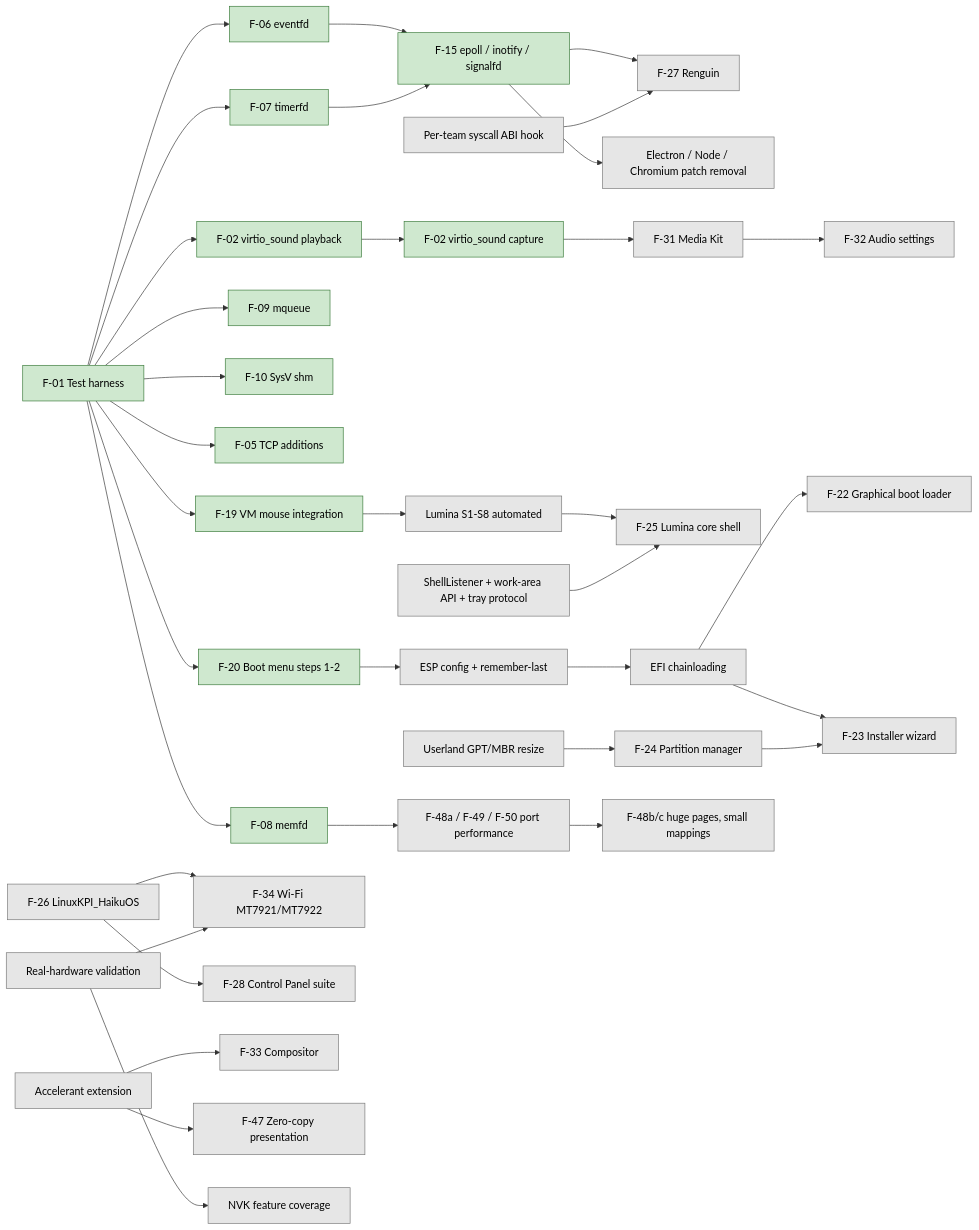
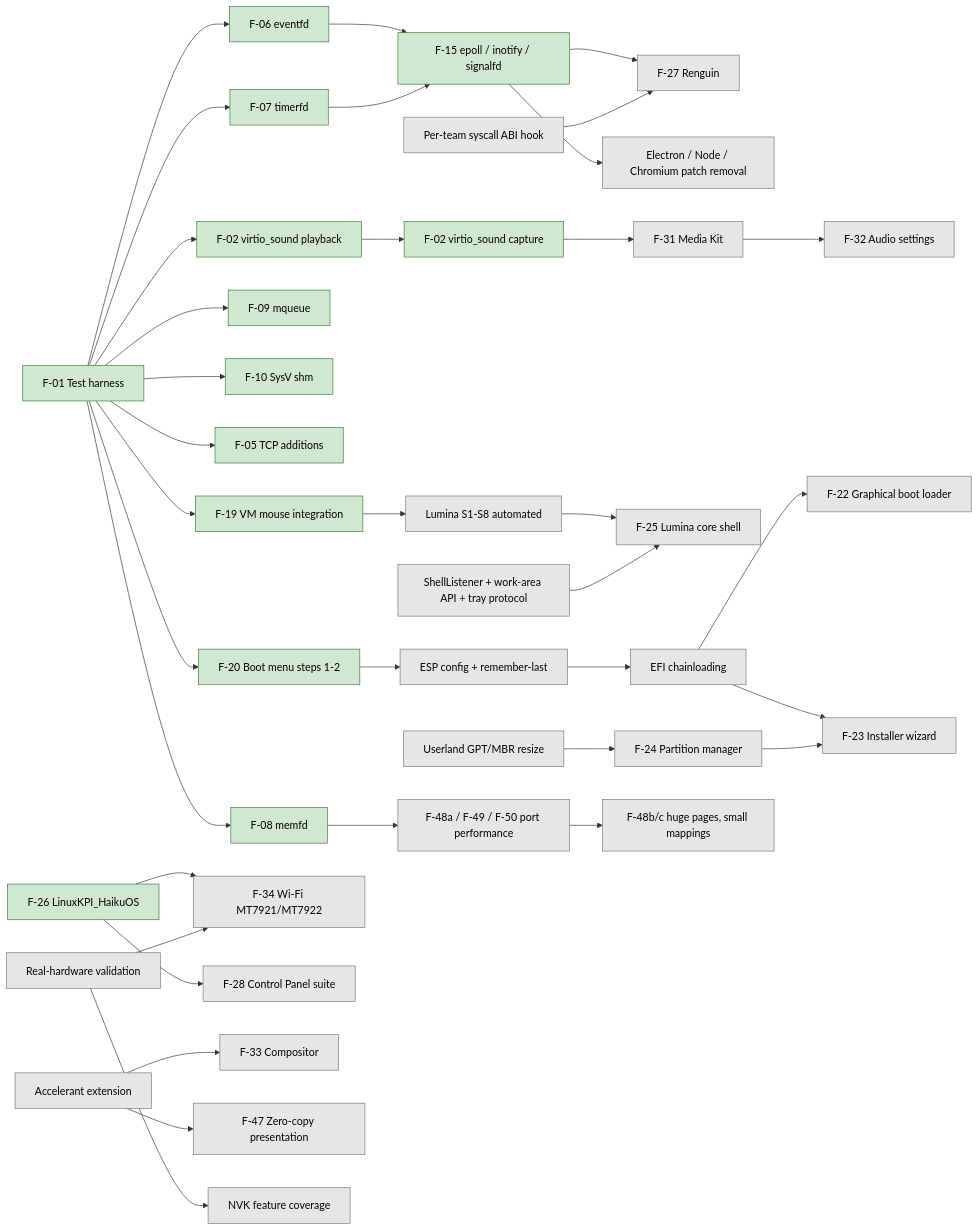
One commit to Techniix/haiku changed the diagram in RENGA_MASTER_ROADMAP.md. Above: the diagram before and after it, drawn with Mermaid. The commit also changed other lines of this file, not shown here.

First line of the commit message:
RENGA_MASTER_ROADMAP.md: F-26 LinuxKPI in-tree and QEMU Tested; F-34; F-16

````diff
--- a/RENGA_MASTER_ROADMAP.md
+++ b/RENGA_MASTER_ROADMAP.md
@@ -1825,64 +1826,64 @@
 ```mermaid
 graph LR
   classDef done fill:#cfe8cf,stroke:#3a7a3a,color:#000;
   classDef dev fill:#fff1b8,stroke:#a08000,color:#000;
   classDef todo fill:#e6e6e6,stroke:#777,color:#000;
 
   H[F-01 Test harness]:::done
   EFD[F-06 eventfd]:::done
   TFD[F-07 timerfd]:::done
   MFD[F-08 memfd]:::done
   MQ[F-09 mqueue]:::done
   SHM[F-10 SysV shm]:::done
   TCP[F-05 TCP additions]:::done
   VSND[F-02 virtio_sound playback]:::done
   MOUSE[F-19 VM mouse integration]:::done
   EPOLL[F-15 epoll / inotify / signalfd]:::done
   ABI[Per-team syscall ABI hook]:::todo
   REN[F-27 Renguin]:::todo
   ELEC[Electron / Node / Chromium patch removal]:::todo
   CAP[F-02 virtio_sound capture]:::done
   MEDIA[F-31 Media Kit]:::todo
   AUD[F-32 Audio settings]:::todo
   S18[Lumina S1-S8 automated]:::todo
   LUM[F-25 Lumina core shell]:::todo
   SHELL[ShellListener + work-area API + tray protocol]:::todo
   BOOT[F-20 Boot menu steps 1-2]:::done
   ESP[ESP config + remember-last]:::todo
   CHAIN[EFI chainloading]:::todo
   GBOOT[F-22 Graphical boot loader]:::todo
   RESIZE[Userland GPT/MBR resize]:::todo
   PART[F-24 Partition manager]:::todo
   INST[F-23 Installer wizard]:::todo
-  KPI[F-26 LinuxKPI_HaikuOS]:::todo
+  KPI[F-26 LinuxKPI_HaikuOS]:::done
   WIFI[F-34 Wi-Fi MT7921/MT7922]:::todo
   CP[F-28 Control Panel suite]:::todo
   ACC[Accelerant extension]:::todo
   COMP[F-33 Compositor]:::todo
   HW[Real-hardware validation]:::todo
   ZC[F-47 Zero-copy presentation]:::todo
   NVK[NVK feature coverage]:::todo
   PERF[F-48a / F-49 / F-50 port performance]:::todo
   VM[F-48b/c huge pages, small mappings]:::todo
 
   H --> EFD & TFD & MFD & MQ & SHM & TCP & VSND & BOOT & MOUSE
   EFD --> EPOLL
   TFD --> EPOLL
   EPOLL --> ELEC
   EPOLL --> REN
   ABI --> REN
   VSND --> CAP --> MEDIA --> AUD
   MOUSE --> S18 --> LUM
   SHELL --> LUM
   BOOT --> ESP --> CHAIN --> GBOOT
   CHAIN --> INST
   RESIZE --> PART --> INST
   KPI --> WIFI
   KPI --> CP
   ACC --> COMP
   ACC --> ZC
   HW --> NVK
   MFD --> PERF
   PERF --> VM
   HW --> WIFI
 ```
````
